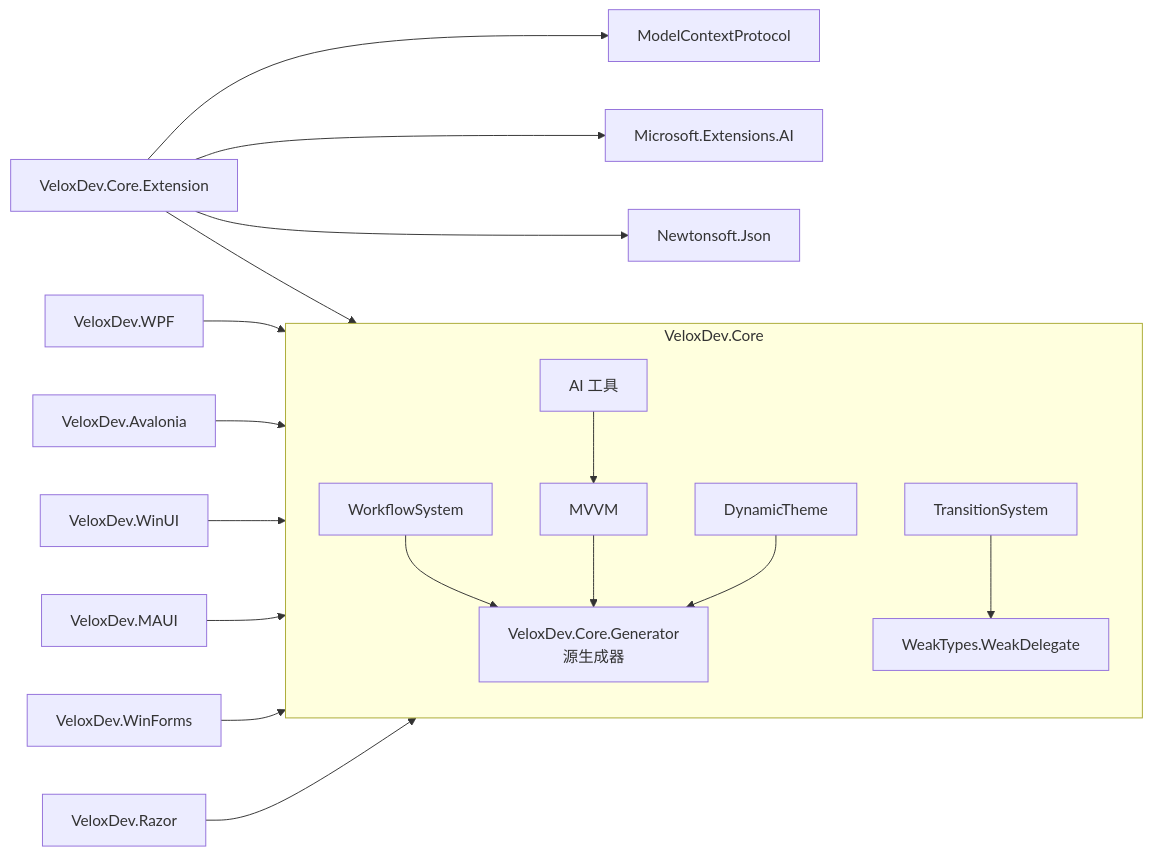
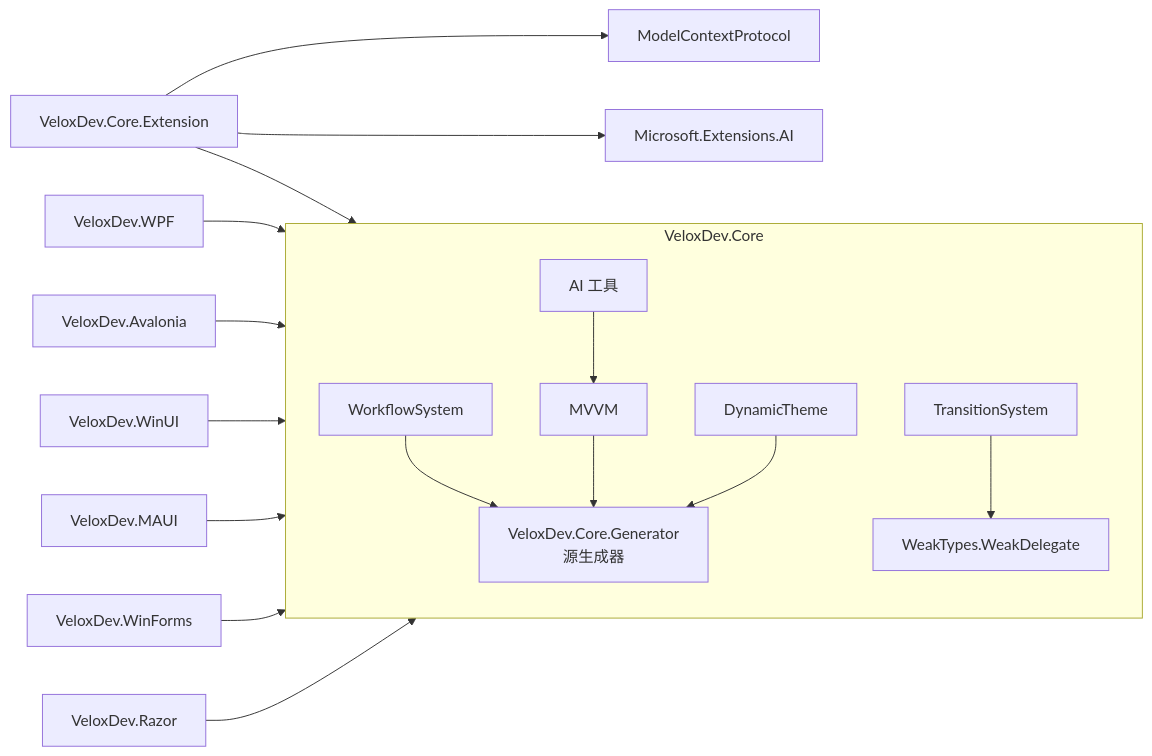
One commit to Axvser/VeloxDev.Docs changed the diagram in src/CloudGlyph/Assets/Docs/content/zh/3_SE分析/00_文件结构/index.md. Above: the diagram before and after it, drawn with Mermaid. The commit also changed other lines of this file and 79 other files, not shown here.

````diff
--- a/src/CloudGlyph/Assets/Docs/content/zh/3_SE分析/00_文件结构/index.md
+++ b/src/CloudGlyph/Assets/Docs/content/zh/3_SE分析/00_文件结构/index.md
@@ -86,20 +87,19 @@
 ```mermaid
 flowchart LR
     subgraph Core [VeloxDev.Core]
         WF[WorkflowSystem] --> GEN[VeloxDev.Core.Generator<br/>源生成器]
         MV[MVVM] --> GEN
         TH[DynamicTheme] --> GEN
         TR[TransitionSystem] --> WD[WeakTypes.WeakDelegate]
         AI[AI 工具] --> MV
     end
     EXT[VeloxDev.Core.Extension] --> Core
     EXT --> MCP[ModelContextProtocol]
     EXT --> EXAI[Microsoft.Extensions.AI]
-    EXT --> NJ[Newtonsoft.Json]
     WPF[VeloxDev.WPF] --> Core
     AV[VeloxDev.Avalonia] --> Core
     WU[VeloxDev.WinUI] --> Core
     MA[VeloxDev.MAUI] --> Core
     WF2[VeloxDev.WinForms] --> Core
     RA[VeloxDev.Razor] --> Core
 ```
````
